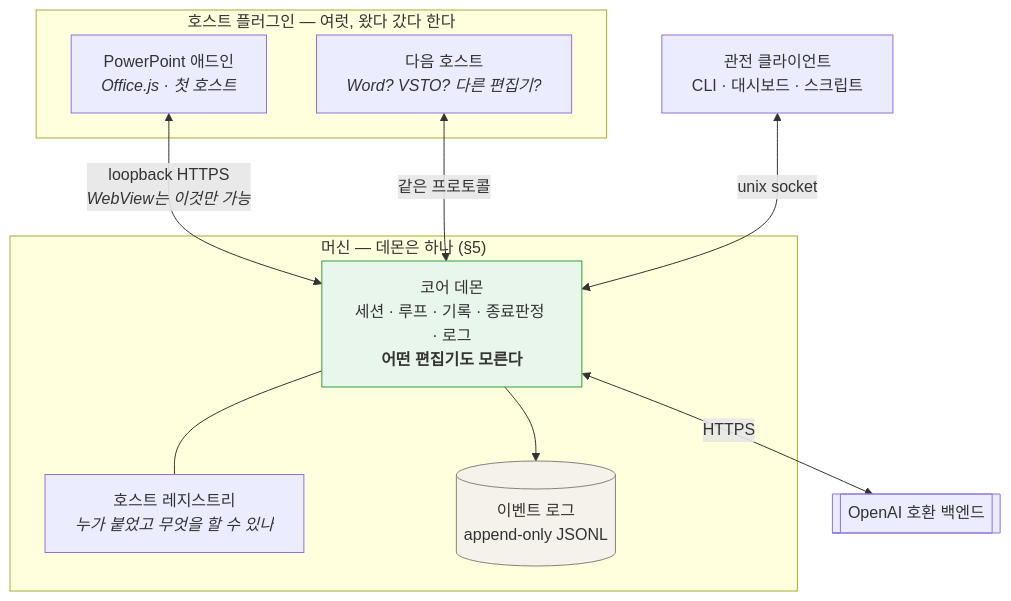
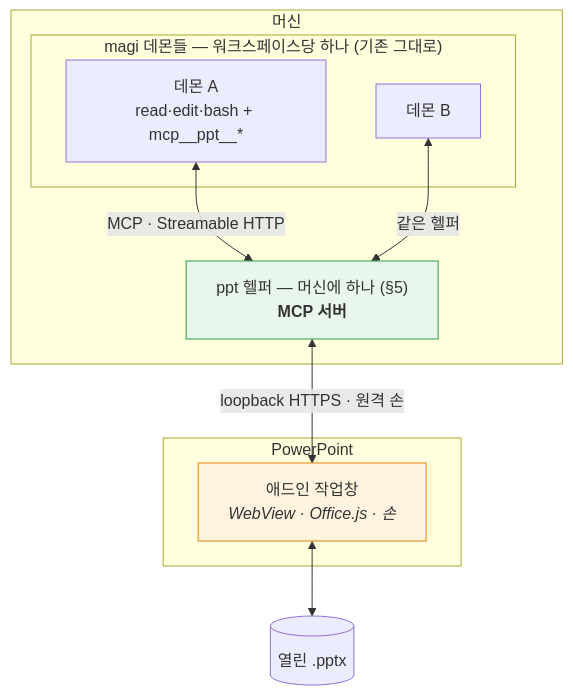
One commit to sayaya1090/magi changed the first of 2 diagrams in powerpoint-agent/DESIGN.md. Above: the diagram before and after it, drawn with Mermaid. The commit also changed other lines of this file and 13 other files, not shown here.

First line of the commit message:
web/ui: a child you spawned is a screen you can open

````diff
--- a/powerpoint-agent/DESIGN.md
+++ b/powerpoint-agent/DESIGN.md
@@ -156,22 +165,20 @@
 ```mermaid
 flowchart TB
-    subgraph hosts["호스트 플러그인 — 여럿, 왔다 갔다 한다"]
-        P1["PowerPoint 애드인<br/><i>Office.js · 첫 호스트</i>"]
-        P2["다음 호스트<br/><i>Word? VSTO? 다른 편집기?</i>"]
+    subgraph pp["PowerPoint"]
+        AI["애드인 작업창<br/><i>WebView · Office.js · 손</i>"]
     end
-    subgraph machine["머신 — 데몬은 하나 (§5)"]
-        D["코어 데몬<br/>세션 · 루프 · 기록 · 종료판정 · 로그<br/><b>어떤 편집기도 모른다</b>"]
-        R["호스트 레지스트리<br/><i>누가 붙었고 무엇을 할 수 있나</i>"]
-        LOG[("이벤트 로그<br/>append-only JSONL")]
-        D --- R
-        D --> LOG
+    subgraph machine["머신"]
+        H["ppt 헬퍼 — 머신에 하나 (§5)<br/><b>MCP 서버</b>"]
+        subgraph ws["magi 데몬들 — 워크스페이스당 하나 (기존 그대로)"]
+            D1["데몬 A<br/>read·edit·bash + mcp__ppt__*"]
+            D2["데몬 B"]
+        end
     end
-    OBS["관전 클라이언트<br/>CLI · 대시보드 · 스크립트"]
-    P1 <-->|"loopback HTTPS<br/><i>WebView는 이것만 가능</i>"| D
-    P2 <-->|"같은 프로토콜"| D
-    OBS <-->|"unix socket"| D
-    D <-->|HTTPS| LLM[["OpenAI 호환 백엔드"]]
+    D1 <-->|"MCP · Streamable HTTP"| H
+    D2 <-->|"같은 헬퍼"| H
+    H <-->|"loopback HTTPS · 원격 손"| AI
+    AI <--> DECK[("열린 .pptx")]
 
-    style D fill:#e8f6ec,stroke:#2f9e44
-    style LOG fill:#f5f2ec,stroke:#8a8178
+    style H fill:#e8f6ec,stroke:#2f9e44
+    style AI fill:#fff3e0,stroke:#e8820c
 ```
````
